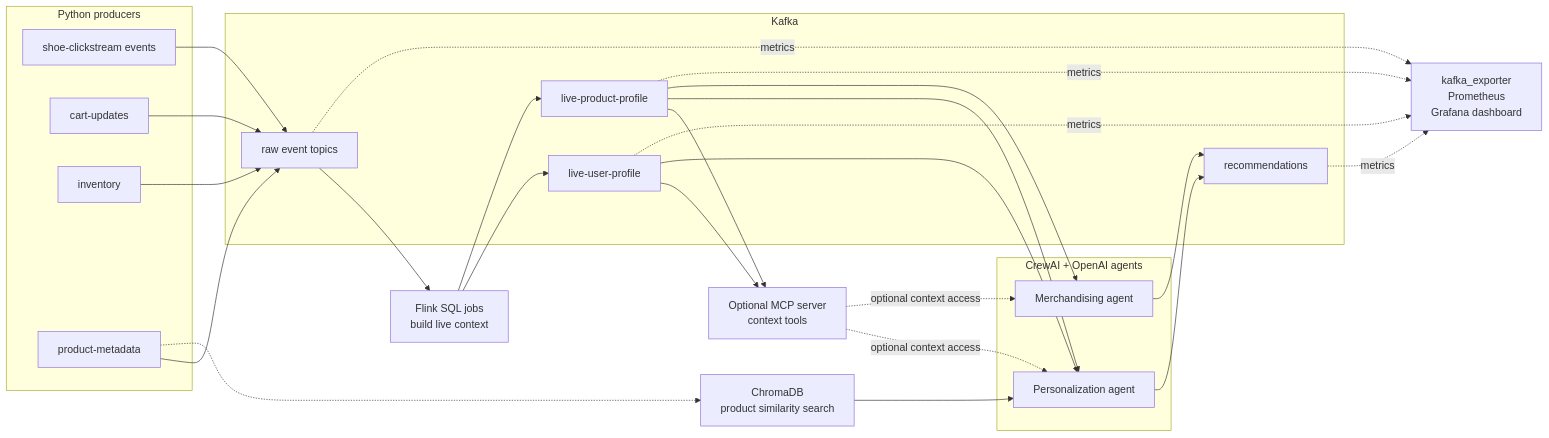
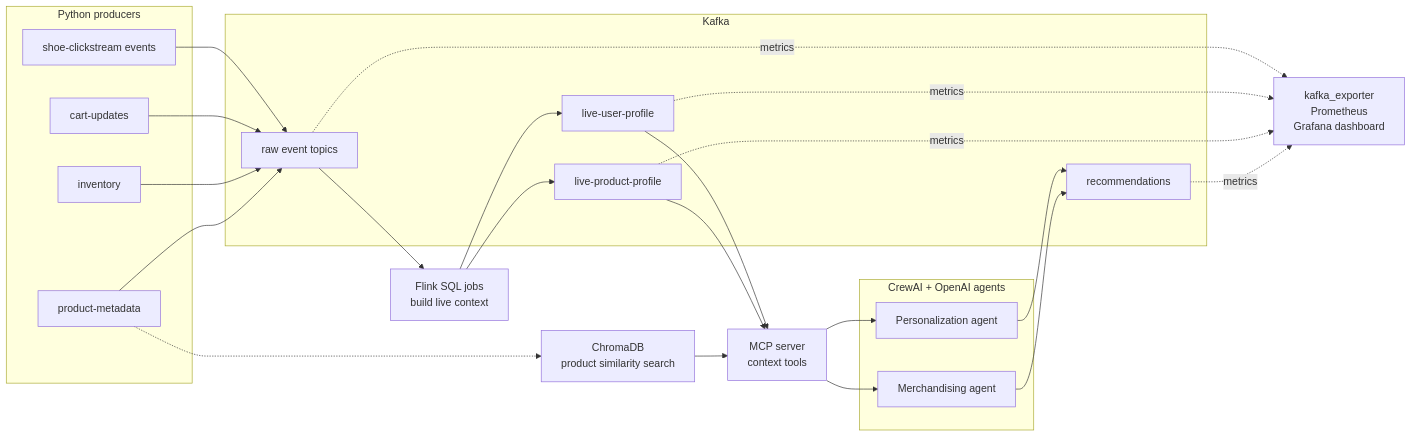
One commit to AdvaitDarbare/realtime-personalization-engine changed the diagram in README.md. Above: the diagram before and after it, drawn with Mermaid. The commit also changed other lines of this file and 4 other files, not shown here.

First line of the commit message:
Route CrewAI agents through MCP server instead of direct Python tool calls

````diff
--- a/README.md
+++ b/README.md
@@ -34,54 +34,52 @@
 ```mermaid
 flowchart LR
     subgraph producers["Python producers"]
         clickstream["shoe-clickstream events"]
         cart["cart-updates"]
         inventory["inventory"]
         metadata["product-metadata"]
     end
 
     subgraph kafka["Kafka"]
         raw["raw event topics"]
         userTopic["live-user-profile"]
         productTopic["live-product-profile"]
         recTopic["recommendations"]
     end
 
     flink["Flink SQL jobs<br/>build live context"]
     chroma["ChromaDB<br/>product similarity search"]
-    mcp["Optional MCP server<br/>context tools"]
+    mcp["MCP server<br/>context tools"]
 
     subgraph agents["CrewAI + OpenAI agents"]
         personalization["Personalization agent"]
         merchandising["Merchandising agent"]
     end
 
     monitoring["kafka_exporter<br/>Prometheus<br/>Grafana dashboard"]
 
     clickstream --> raw
     cart --> raw
     inventory --> raw
     metadata --> raw
 
     raw --> flink
     flink --> userTopic
     flink --> productTopic
     metadata -.-> chroma
 
     userTopic --> mcp
     productTopic --> mcp
-    userTopic --> personalization
-    productTopic --> personalization
-    productTopic --> merchandising
-    chroma --> personalization
-    mcp -. optional context access .-> personalization
-    mcp -. optional context access .-> merchandising
+    chroma --> mcp
+
+    mcp --> personalization
+    mcp --> merchandising
 
     personalization --> recTopic
     merchandising --> recTopic
 
     raw -. metrics .-> monitoring
     userTopic -. metrics .-> monitoring
     productTopic -. metrics .-> monitoring
     recTopic -. metrics .-> monitoring
 ```
````
